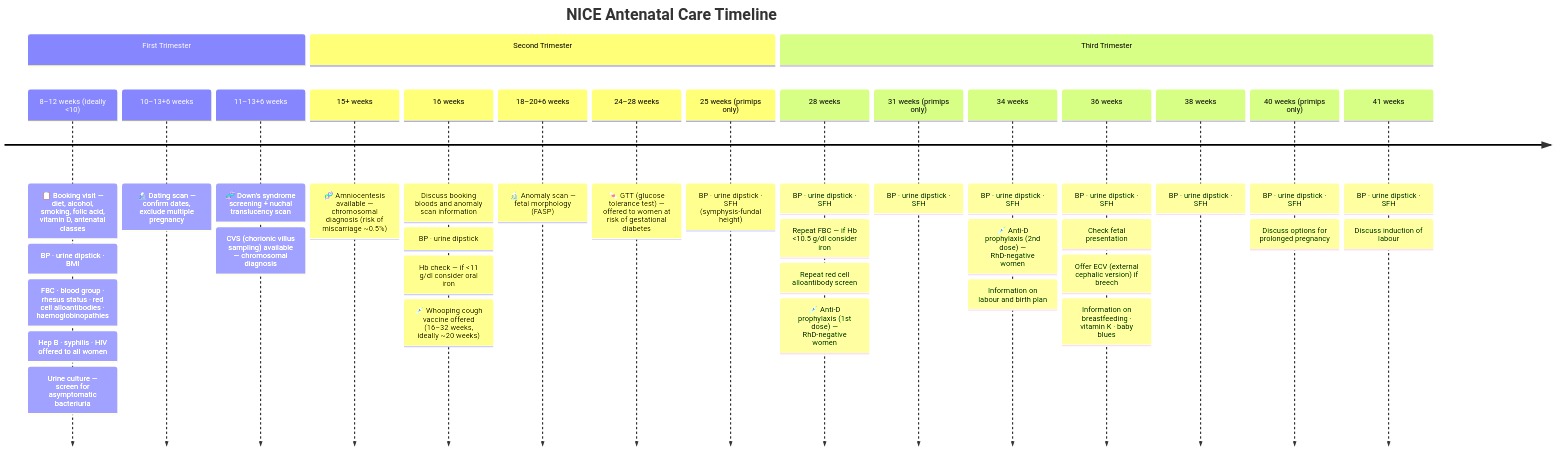
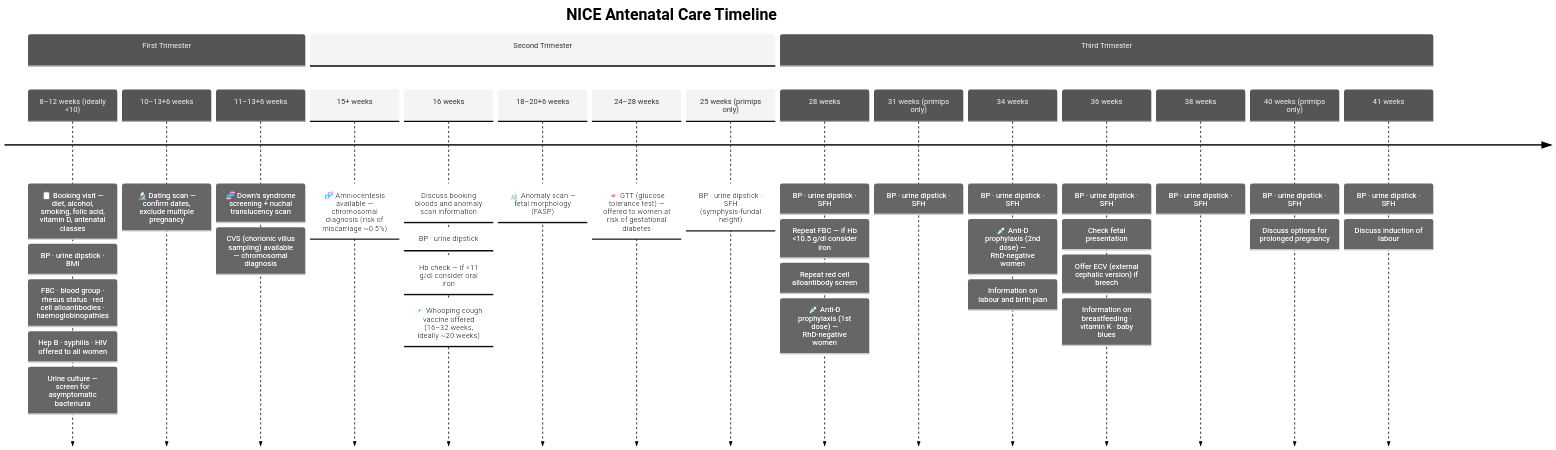
Before and after one commit to evmcnb/quartz: the diagram in content/Pearls/Timeline of Antenatal Care.md, drawn with Mermaid. The commit also changed other lines of this file and 183 other files, not shown here.

````diff
--- a/content/Pearls/Timeline of Antenatal Care.md
+++ b/content/Pearls/Timeline of Antenatal Care.md
@@ -9,40 +9,41 @@
 ```mermaid
+%%{init: {'theme': 'neutral'}}%%
 timeline
     title NICE Antenatal Care Timeline
     section First Trimester
         8–12 weeks (ideally <10) : 📋 Booking visit — diet, alcohol, smoking, folic acid, vitamin D, antenatal classes
                                  : BP · urine dipstick · BMI
                                  : FBC · blood group · rhesus status · red cell alloantibodies · haemoglobinopathies
                                  : Hep B · syphilis · HIV offered to all women
                                  : Urine culture — screen for asymptomatic bacteriuria
         10–13+6 weeks : 🔬 Dating scan — confirm dates, exclude multiple pregnancy
         11–13+6 weeks : 🧬 Down's syndrome screening + nuchal translucency scan
                       : CVS (chorionic villus sampling) available — chromosomal diagnosis
     section Second Trimester
         15+ weeks : 🧬 Amniocentesis available — chromosomal diagnosis (risk of miscarriage ~0.5%)
         16 weeks : Discuss booking bloods and anomaly scan information
                  : BP · urine dipstick
                  : Hb check — if <11 g/dl consider oral iron
                  : 💉 Whooping cough vaccine offered (16–32 weeks, ideally ~20 weeks)
         18–20+6 weeks : 🔬 Anomaly scan — fetal morphology (FASP)
         24–28 weeks : 🍬 GTT (glucose tolerance test) — offered to women at risk of gestational diabetes
         25 weeks (primips only) : BP · urine dipstick · SFH (symphysis-fundal height)
     section Third Trimester
         28 weeks : BP · urine dipstick · SFH
                  : Repeat FBC — if Hb <10.5 g/dl consider iron
                  : Repeat red cell alloantibody screen
                  : 💉 Anti-D prophylaxis (1st dose) — RhD-negative women
         31 weeks (primips only) : BP · urine dipstick · SFH
         34 weeks : BP · urine dipstick · SFH
                  : 💉 Anti-D prophylaxis (2nd dose) — RhD-negative women
                  : Information on labour and birth plan
         36 weeks : BP · urine dipstick · SFH
                  : Check fetal presentation
                  : Offer ECV (external cephalic version) if breech
                  : Information on breastfeeding · vitamin K · baby blues
         38 weeks : BP · urine dipstick · SFH
         40 weeks (primips only) : BP · urine dipstick · SFH
                                 : Discuss options for prolonged pregnancy
         41 weeks : BP · urine dipstick · SFH
                  : Discuss induction of labour
 ```
````
